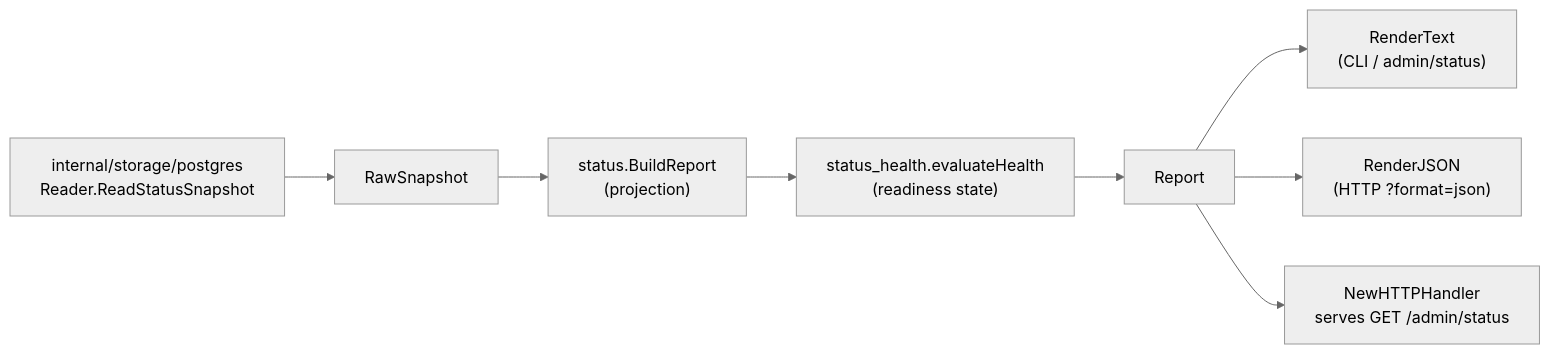
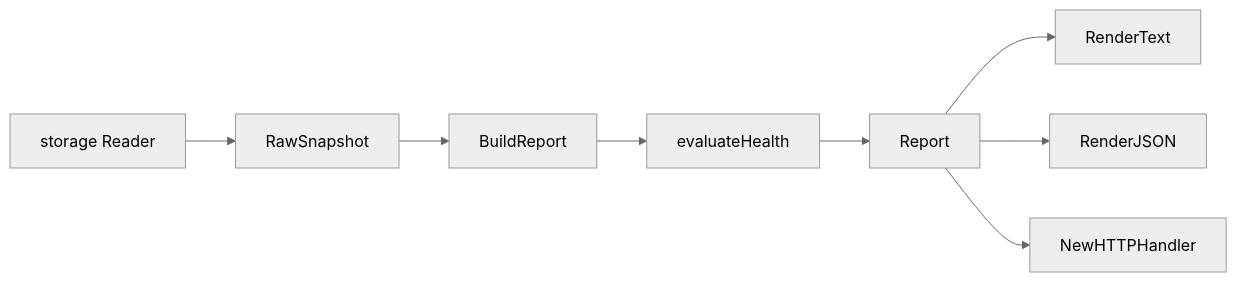
The diagram in go/internal/status/README.md (eshu-hq/eshu), drawn with Mermaid (neutral theme) before and after one commit. The commit also changed other lines of this file and 20 other files, not shown here.

````diff
--- a/go/internal/status/README.md
+++ b/go/internal/status/README.md
@@ -29,10 +20,10 @@
 ```mermaid
 flowchart LR
-  A["internal/storage/postgres\nReader.ReadStatusSnapshot"] --> B["RawSnapshot"]
-  B --> C["status.BuildReport\n(projection)"]
-  C --> H["status_health.evaluateHealth\n(readiness state)"]
-  H --> D["Report"]
-  D --> E["RenderText\n(CLI / admin/status)"]
-  D --> F["RenderJSON\n(HTTP ?format=json)"]
-  D --> G["NewHTTPHandler\nserves GET /admin/status"]
+  Storage["storage Reader"] --> Raw["RawSnapshot"]
+  Raw --> Build["BuildReport"]
+  Build --> Health["evaluateHealth"]
+  Health --> Report["Report"]
+  Report --> Text["RenderText"]
+  Report --> JSON["RenderJSON"]
+  Report --> Handler["NewHTTPHandler"]
 ```
````
